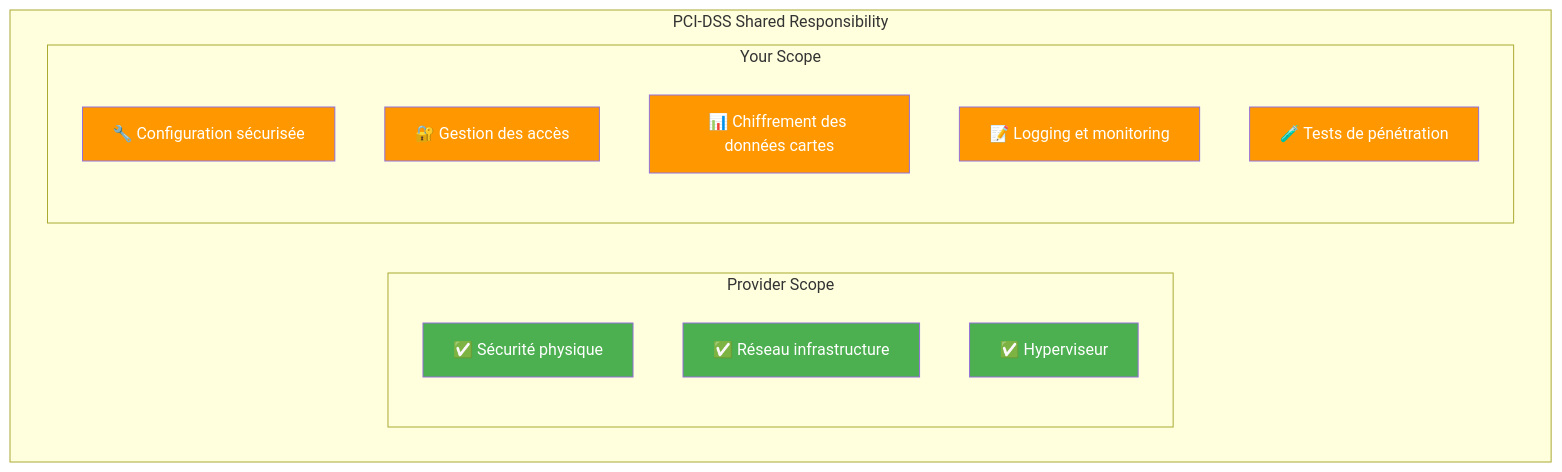
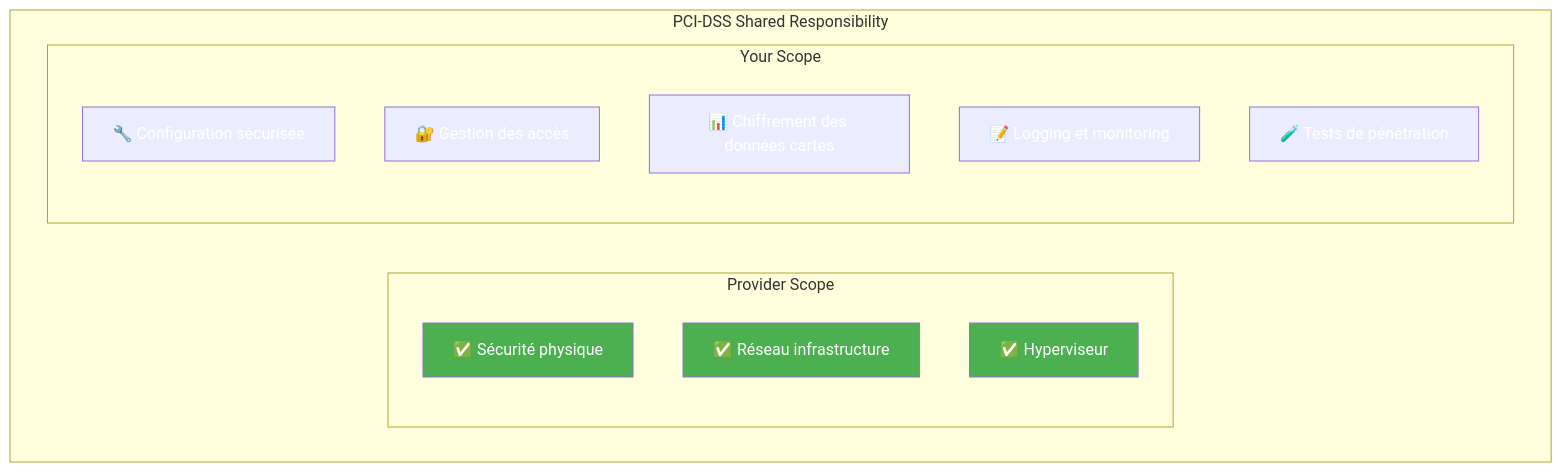
The tenth of 12 diagrams in docs/formations/cloud-fundamentals/04-module.md (VBlackJack/ShellBook), drawn with Mermaid before and after one commit. The commit also changed other lines of this file and 337 other files, not shown here.

First line of the commit message:
refactor(docs): Standardize code blocks and Mermaid colors

````diff
--- a/docs/formations/cloud-fundamentals/04-module.md
+++ b/docs/formations/cloud-fundamentals/04-module.md
@@ -342,27 +342,27 @@
 ```mermaid
 graph TB
     subgraph "PCI-DSS Shared Responsibility"
         subgraph "Provider Scope"
             P1["✅ Sécurité physique"]
             P2["✅ Réseau infrastructure"]
             P3["✅ Hyperviseur"]
         end
 
         subgraph "Your Scope"
             C1["🔧 Configuration sécurisée"]
             C2["🔐 Gestion des accès"]
             C3["📊 Chiffrement des données cartes"]
             C4["📝 Logging et monitoring"]
             C5["🧪 Tests de pénétration"]
         end
     end
 
     style P1 fill:#4caf50,color:#fff
     style P2 fill:#4caf50,color:#fff
     style P3 fill:#4caf50,color:#fff
-    style C1 fill:#ff9800,color:#fff
-    style C2 fill:#ff9800,color:#fff
-    style C3 fill:#ff9800,color:#fff
-    style C4 fill:#ff9800,color:#fff
-    style C5 fill:#ff9800,color:#fff
+    style C1 fill:#FF9800800800,color:#fff
+    style C2 fill:#FF9800800800,color:#fff
+    style C3 fill:#FF9800800800,color:#fff
+    style C4 fill:#FF9800800800,color:#fff
+    style C5 fill:#FF9800800800,color:#fff
 ```
````
